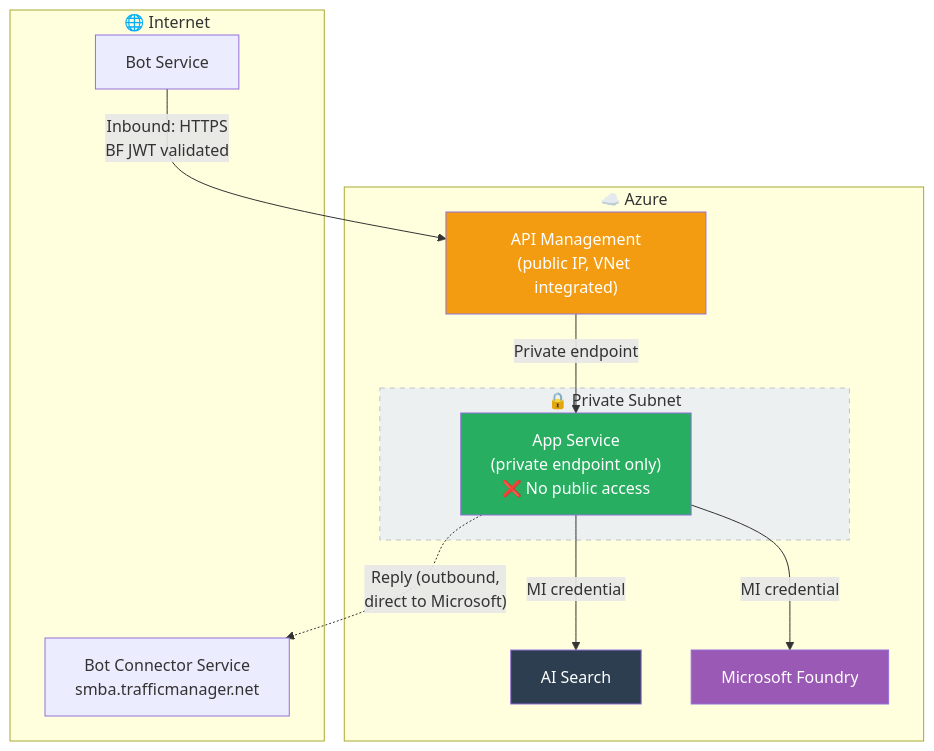
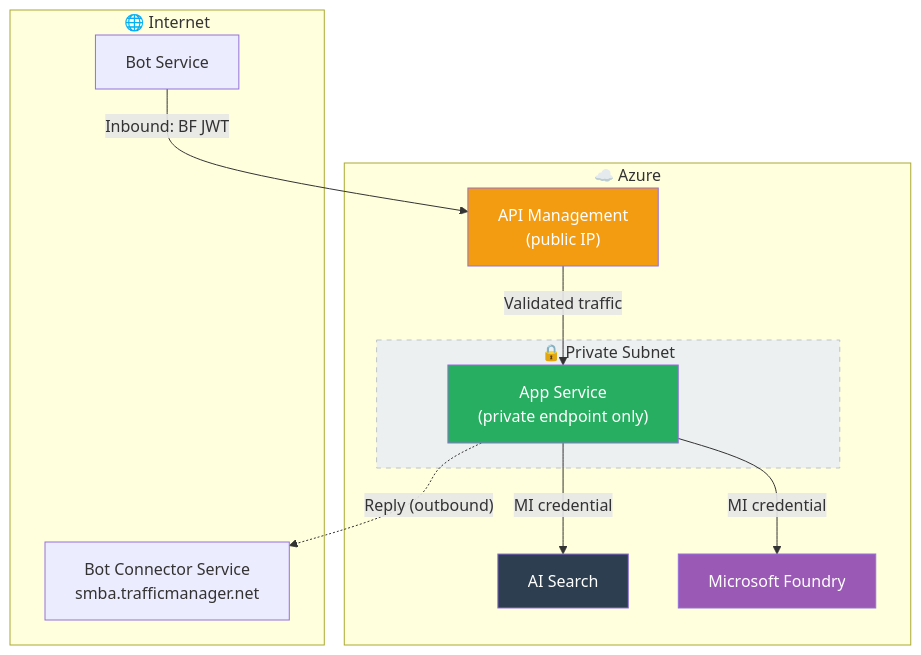
The third of 3 diagrams in docs/architecture.md (Azure-Samples/bring-your-own-agent-to-m365-accelerator), drawn with Mermaid before and after one commit. The commit also changed other lines of this file and 6 other files, not shown here.

````diff
--- a/docs/architecture.md
+++ b/docs/architecture.md
@@ -181,28 +164,28 @@
 ```mermaid
 flowchart TB
     subgraph INTERNET["🌐 Internet"]
         BotSvc["Bot Service"]
         BotConnector["Bot Connector Service<br/>smba.trafficmanager.net"]
     end
 
     subgraph AZURE["☁️ Azure"]
-        APIM["API Management<br/>(public IP, VNet integrated)"]
+        APIM["API Management<br/>(public IP)"]
         subgraph PRIVATE_SUBNET["🔒 Private Subnet"]
-            AppSvc["App Service<br/>(private endpoint only)<br/>❌ No public access"]
+            AppSvc["App Service<br/>(private endpoint only)"]
         end
         Search["AI Search"]
         Foundry["Microsoft Foundry"]
     end
 
-    BotSvc -->|"Inbound: HTTPS<br/>BF JWT validated"| APIM
-    APIM -->|"Private endpoint"| AppSvc
+    BotSvc -->|"Inbound: BF JWT"| APIM
+    APIM -->|"Validated traffic"| AppSvc
     AppSvc -->|"MI credential"| Search
     AppSvc -->|"MI credential"| Foundry
-    AppSvc -.->|"Reply (outbound,<br/>direct to Microsoft)"| BotConnector
+    AppSvc -.->|"Reply (outbound)"| BotConnector
 
     style APIM fill:#f39c12,color:#fff
     style AppSvc fill:#27ae60,color:#fff
     style PRIVATE_SUBNET fill:#ecf0f1,stroke:#bdc3c7,stroke-dasharray:5 5
     style Search fill:#2c3e50,color:#fff
     style Foundry fill:#9b59b6,color:#fff
 ```
````
